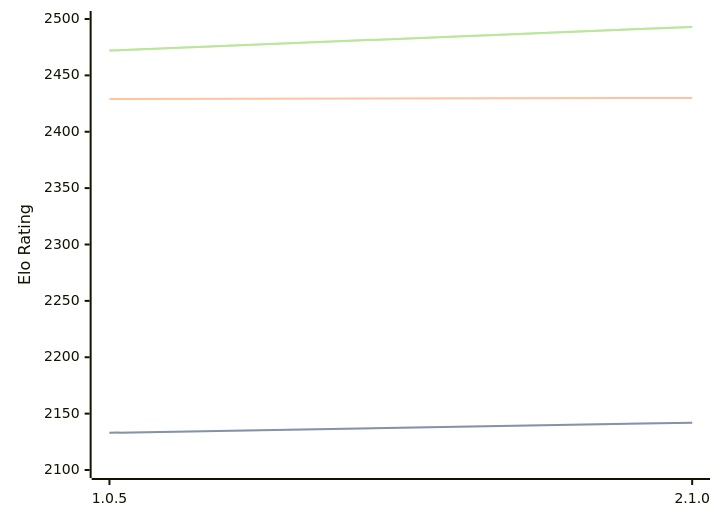
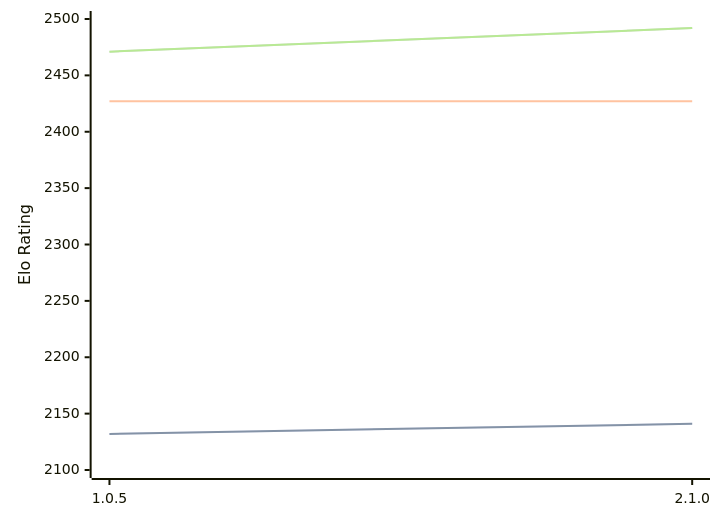
One commit to computer-chess-index/cci changed the diagram in engines/Ruffian.md. Above: the diagram before and after it, drawn with Mermaid. The commit also changed other lines of this file, not shown here.

Commit message:
Update CCI Ratings (ELO VLTC) - 2026-08-04

````diff
--- a/engines/Ruffian.md
+++ b/engines/Ruffian.md
@@ -32,11 +32,11 @@
 ```mermaid
 %%{init: {"theme":"base","themeVariables":{"seriesColors:['#a3a3a3','#222221','#faa371']}}}%%
 xychart-beta
   x-axis ["1.0.5", "2.1.0"]
   y-axis "Elo Rating" 2100 --> 2500
-  line "STC (8.0+0.08s)" [2133, 2142]
-  line "STC (8.0+0.08s)" [2133, 2142]
-  line "LTC (60.0+0.60s)" [2429, 2430]
-  line "VLTC (2m24s+1.12s)" [2472, 2493]
-  line "VLTC (2m24s+1.12s)" [2472, 2493]
+  line "STC (8.0+0.08s)" [2132, 2141]
+  line "STC (8.0+0.08s)" [2132, 2141]
+  line "LTC (60.0+0.60s)" [2427, 2427]
+  line "VLTC (2m24s+1.12s)" [2471, 2492]
+  line "VLTC (2m24s+1.12s)" [2471, 2492]
 ```
````
